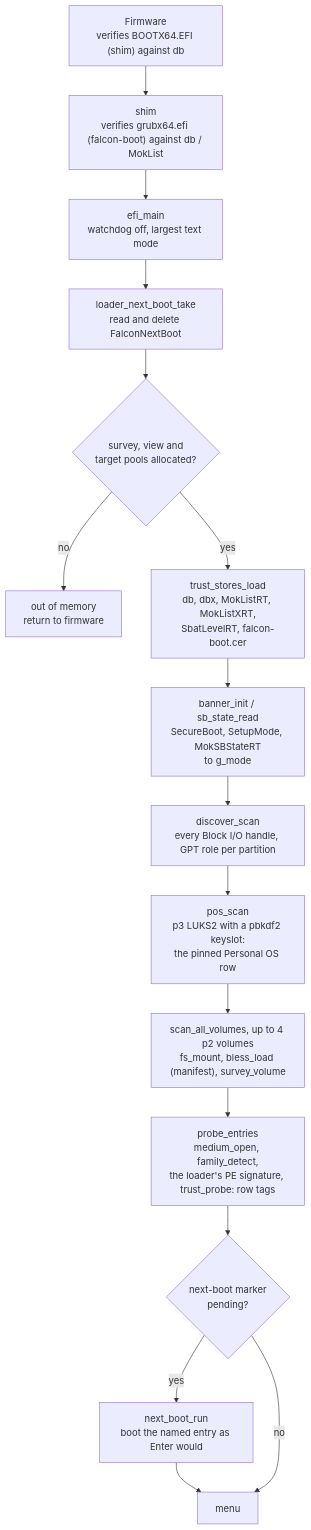
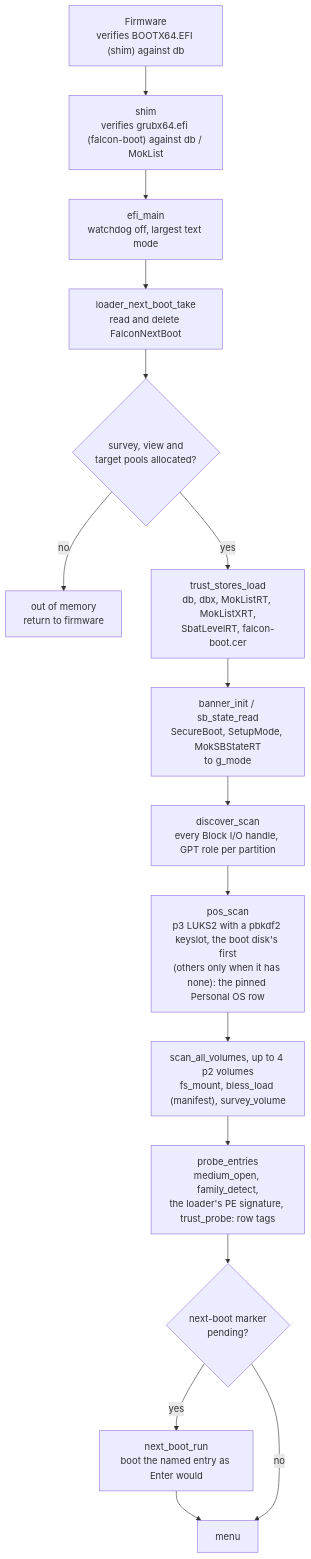
One commit to vifair22/falcon-boot changed the first of 22 diagrams in docs/DESIGN.md. Above: the diagram before and after it, drawn with Mermaid. The commit also changed other lines of this file and 7 other files, not shown here.

First line of the commit message:
Prefer the boot disk's shelf on the UEFI loader

````diff
--- a/docs/DESIGN.md
+++ b/docs/DESIGN.md
@@ -2462,18 +2462,18 @@
 ```mermaid
 flowchart TD
     FW["Firmware<br/>verifies BOOTX64.EFI (shim) against db"] --> SHIM["shim<br/>verifies grubx64.efi (falcon-boot) against db / MokList"]
     SHIM --> MAIN["efi_main<br/>watchdog off, largest text mode"]
     MAIN --> NB["loader_next_boot_take<br/>read and delete FalconNextBoot"]
     NB --> POOLS{"survey, view and<br/>target pools allocated?"}
     POOLS -- no --> OOM["out of memory<br/>return to firmware"]
     POOLS -- yes --> TRUST["trust_stores_load<br/>db, dbx, MokListRT, MokListXRT,<br/>SbatLevelRT, falcon-boot.cer"]
     TRUST --> SB["banner_init / sb_state_read<br/>SecureBoot, SetupMode, MokSBStateRT<br/>to g_mode"]
     SB --> DISC["discover_scan<br/>every Block I/O handle, GPT role per partition"]
-    DISC --> POSS["pos_scan<br/>p3 LUKS2 with a pbkdf2 keyslot:<br/>the pinned Personal OS row"]
+    DISC --> POSS["pos_scan<br/>p3 LUKS2 with a pbkdf2 keyslot, the boot disk's first<br/>(others only when it has none): the pinned Personal OS row"]
     POSS --> VOLS["scan_all_volumes, up to 4 p2 volumes<br/>fs_mount, bless_load (manifest), survey_volume"]
     VOLS --> PROBE["probe_entries<br/>medium_open, family_detect,<br/>the loader's PE signature, trust_probe: row tags"]
     PROBE --> PEND{"next-boot marker<br/>pending?"}
     PEND -- yes --> NBR["next_boot_run<br/>boot the named entry as Enter would"]
     NBR --> MENU
     PEND -- no --> MENU["menu"]
 ```
````
